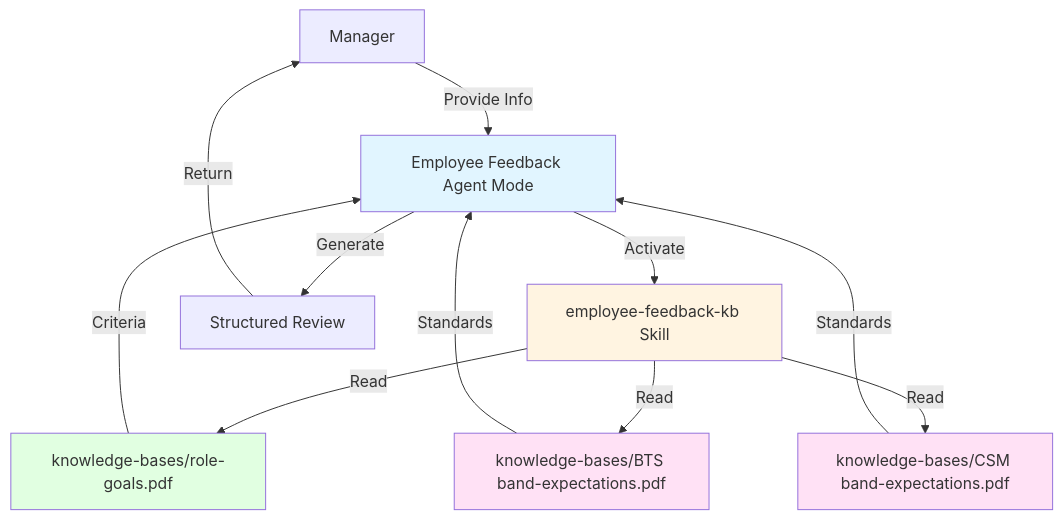
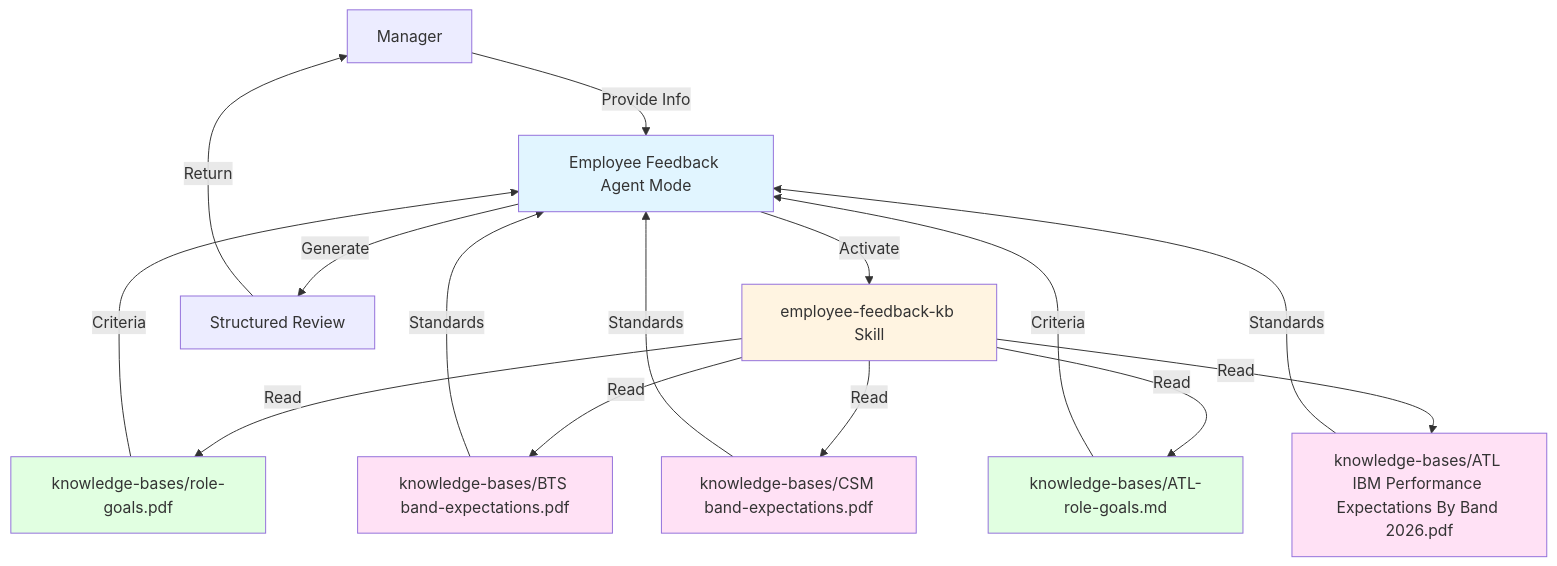
The diagram in README.md (Tadanntlewis/employee-feedback-agent), drawn with Mermaid before and after one commit. The commit also changed other lines of this file and 2 other files, not shown here.

Commit message:
Update architecture diagram, project structure, and docs for ATL role

````diff
--- a/README.md
+++ b/README.md
@@ -42,19 +42,25 @@
 ```mermaid
 graph TB
     Manager[Manager] -->|Provide Info| Mode[Employee Feedback Agent Mode]
     Mode -->|Activate| Skill[employee-feedback-kb Skill]
     Skill -->|Read| RoleGoals[knowledge-bases/role-goals.pdf]
     Skill -->|Read| BTSBand[knowledge-bases/BTS band-expectations.pdf]
     Skill -->|Read| CSMBand[knowledge-bases/CSM band-expectations.pdf]
+    Skill -->|Read| ATLGoals[knowledge-bases/ATL-role-goals.md]
+    Skill -->|Read| ATLBand[knowledge-bases/ATL IBM Performance Expectations By Band 2026.pdf]
     RoleGoals -->|Criteria| Mode
+    ATLGoals -->|Criteria| Mode
     BTSBand -->|Standards| Mode
     CSMBand -->|Standards| Mode
+    ATLBand -->|Standards| Mode
     Mode -->|Generate| Review[Structured Review]
     Review -->|Return| Manager
 
     style Mode fill:#e1f5ff
     style Skill fill:#fff4e1
     style RoleGoals fill:#e1ffe1
     style BTSBand fill:#ffe1f5
     style CSMBand fill:#ffe1f5
+    style ATLGoals fill:#e1ffe1
+    style ATLBand fill:#ffe1f5
 ```
````
